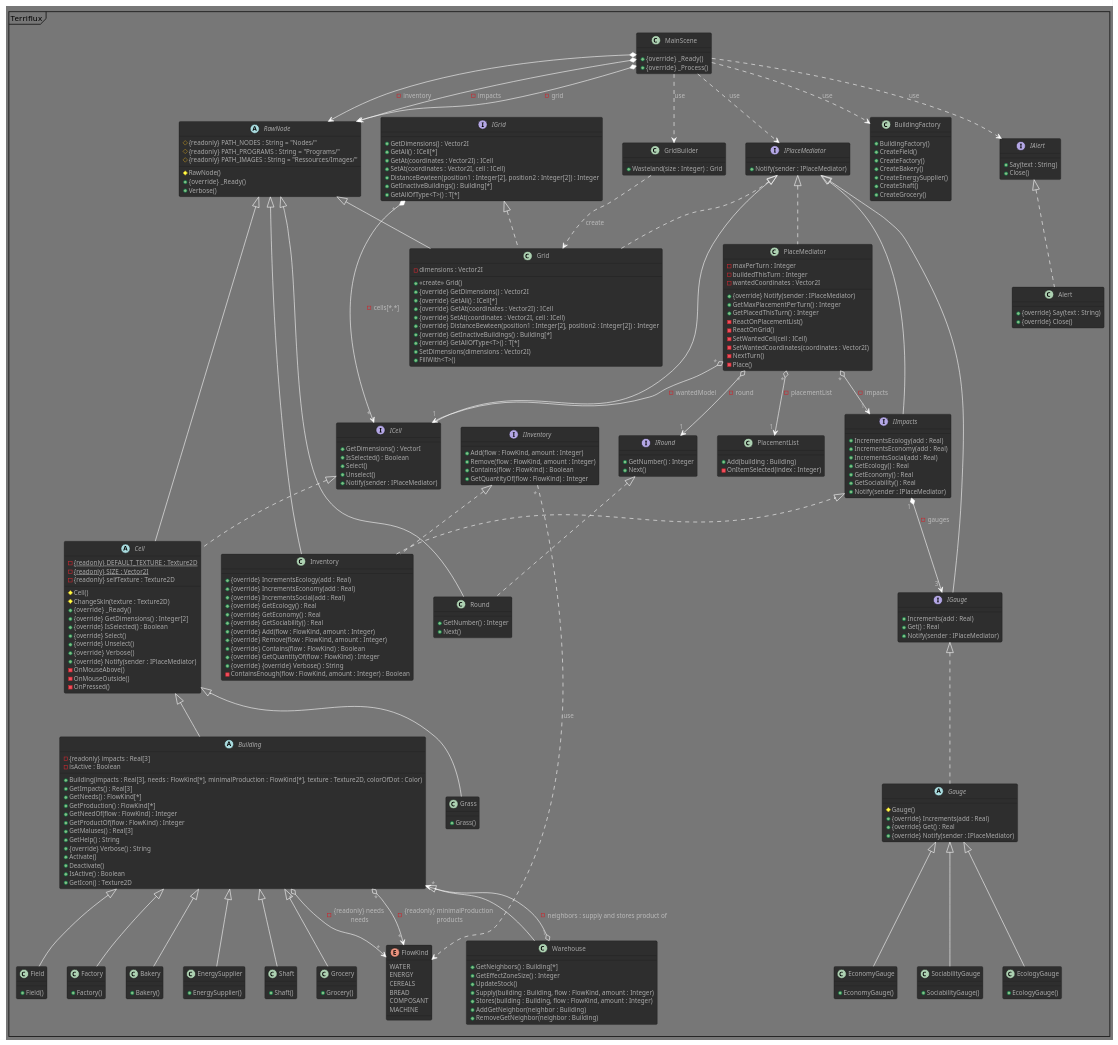
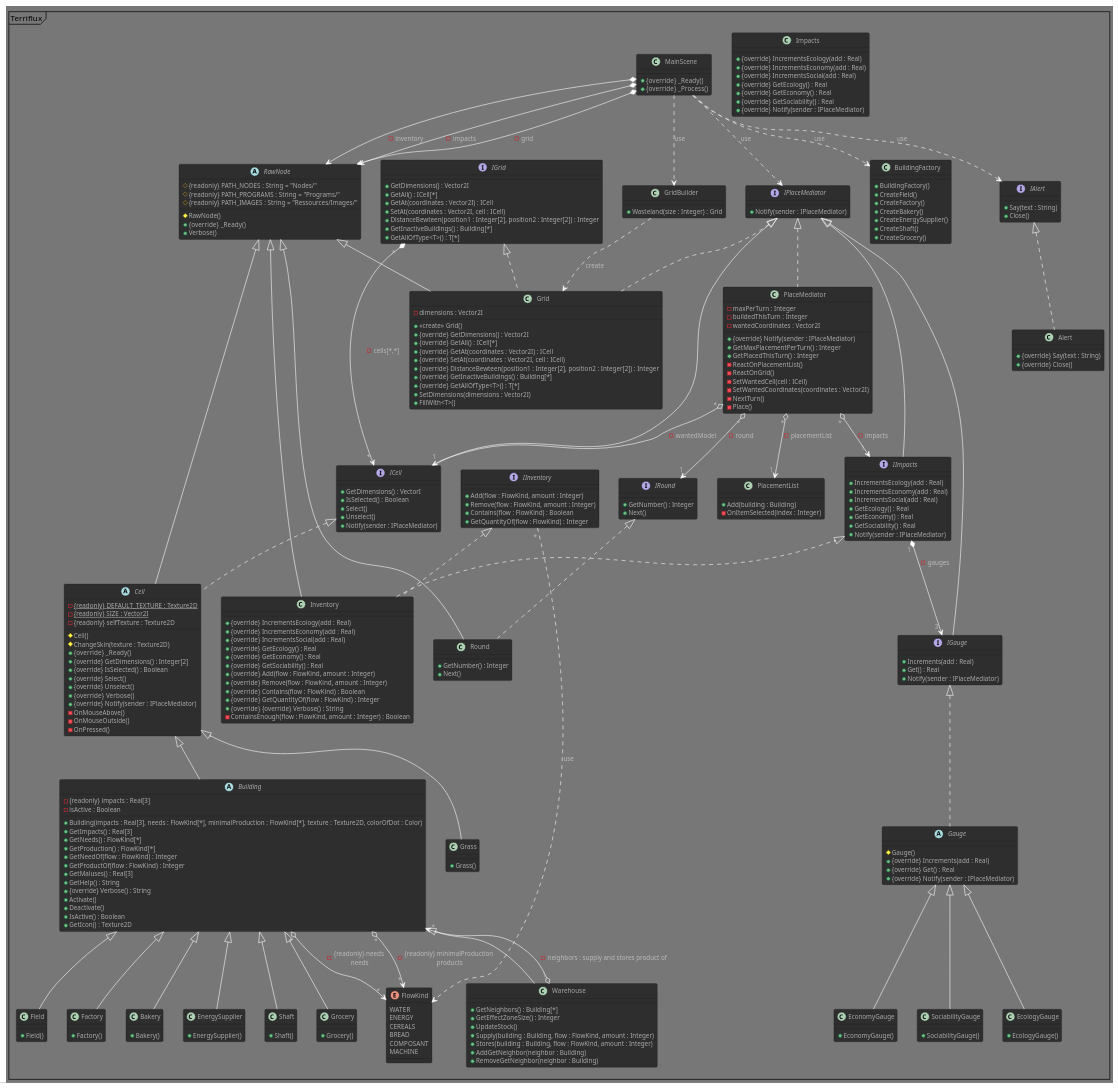
One commit to Spidermatou/Terriflux changed the diagram in Terriflux.puml. Above: the diagram before and after it, drawn with PlantUML. The commit also changed 2 other files, not shown here.

Commit message:
Add Impacts node

```diff
--- a/Terriflux.puml
+++ b/Terriflux.puml
@@ -260,6 +260,16 @@
     + Notify(sender : IPlaceMediator)
 }
 IImpacts" 1 " *--> " 3 "IGauge : - gauges
+class Impacts 
+{
+    + {override} IncrementsEcology(add : Real)
+    + {override} IncrementsEconomy(add : Real)
+    + {override} IncrementsSocial(add : Real)
+    + {override} GetEcology() : Real
+    + {override} GetEconomy() : Real
+    + {override} GetSociability() : Real
+    + {override} Notify(sender : IPlaceMediator)
+}
 interface IInventory 
 {
     + Add(flow : FlowKind, amount : Integer)
```
